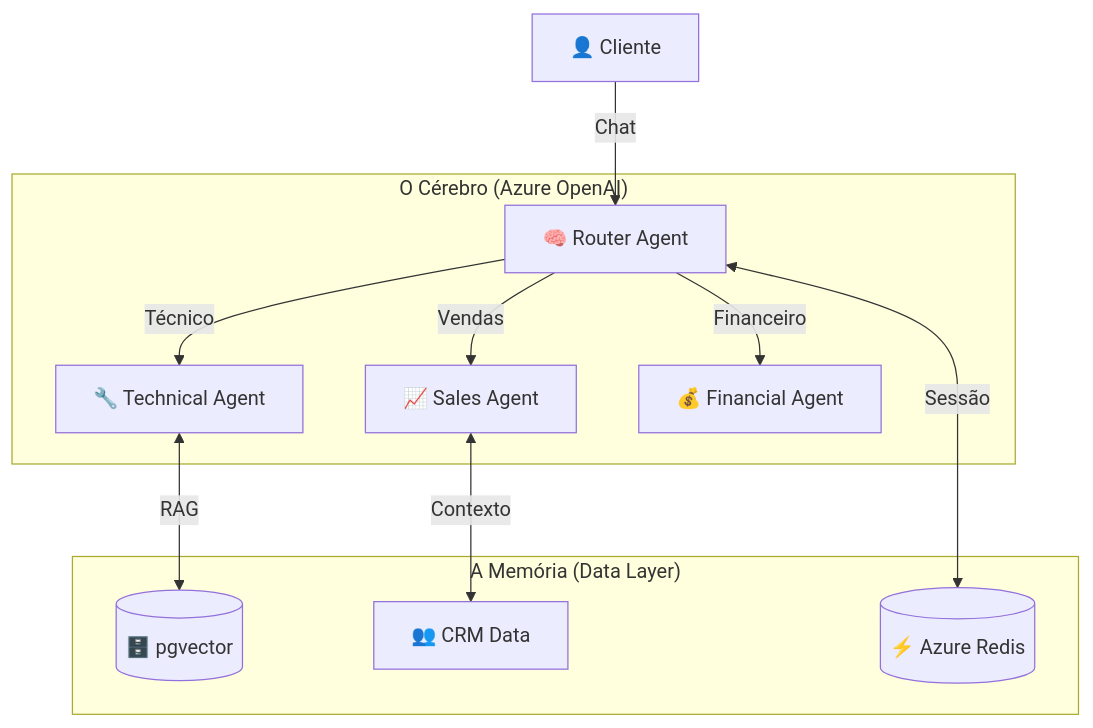
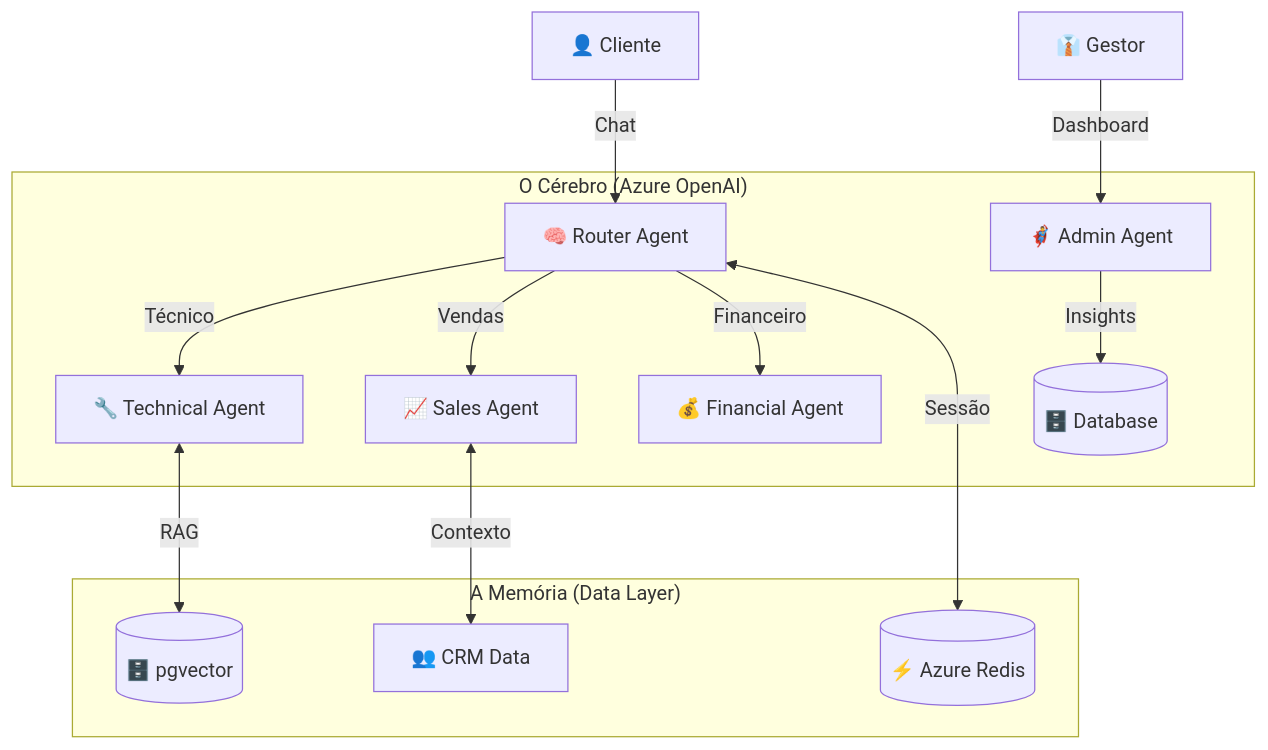
The diagram in README.md (Jcnok/central-atendimento-azure), drawn with Mermaid before and after one commit. The commit also changed other lines of this file and 3 other files, not shown here.

````diff
--- a/README.md
+++ b/README.md
@@ -52,16 +67,18 @@
 ```mermaid
 graph TD
     User[👤 Cliente] -->|Chat| Router[🧠 Router Agent]
+    Admin[👔 Gestor] -->|Dashboard| SQL[🦸‍♂️ Admin Agent]
     
     subgraph "O Cérebro (Azure OpenAI)"
         Router -->|Técnico| Tech[🔧 Technical Agent]
         Router -->|Vendas| Sales[📈 Sales Agent]
         Router -->|Financeiro| Fin[💰 Financial Agent]
+        SQL -->|Insights| DB[(🗄️ Database)]
     end
     
     subgraph "A Memória (Data Layer)"
         Tech <-->|RAG| VectorDB[(🗄️ pgvector)]
         Sales <-->|Contexto| CRM[👥 CRM Data]
         Router <-->|Sessão| Redis[(⚡ Azure Redis)]
     end
 ```
````
